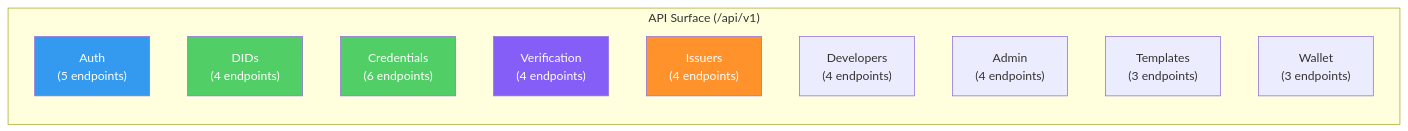
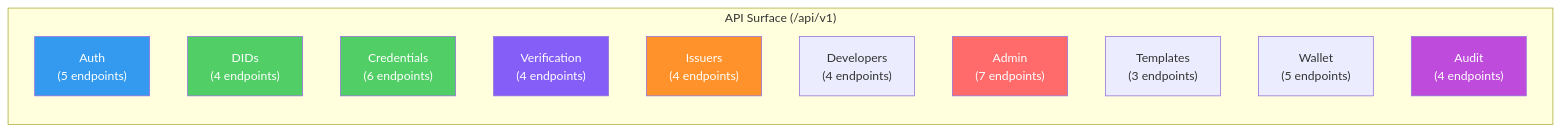
One commit to Tamoura/KarimSW changed the second of 4 diagrams in products/humanid/README.md. Above: the diagram before and after it, drawn with Mermaid. The commit also changed other lines of this file and 15 other files, not shown here.

````diff
--- a/products/humanid/README.md
+++ b/products/humanid/README.md
@@ -134,20 +134,23 @@
 ```mermaid
 graph LR
     subgraph "API Surface (/api/v1)"
         AUTH["Auth<br/>(5 endpoints)"]
         DIDS["DIDs<br/>(4 endpoints)"]
         CREDS["Credentials<br/>(6 endpoints)"]
         VERIFY["Verification<br/>(4 endpoints)"]
         ISSUERS["Issuers<br/>(4 endpoints)"]
         DEVS["Developers<br/>(4 endpoints)"]
-        ADMIN["Admin<br/>(4 endpoints)"]
+        ADMIN["Admin<br/>(7 endpoints)"]
         TEMPLATES["Templates<br/>(3 endpoints)"]
-        WALLET["Wallet<br/>(3 endpoints)"]
+        WALLET["Wallet<br/>(5 endpoints)"]
+        AUDIT["Audit<br/>(4 endpoints)"]
     end
 
     style AUTH fill:#339af0,color:#fff
     style DIDS fill:#51cf66,color:#fff
     style CREDS fill:#51cf66,color:#fff
     style VERIFY fill:#845ef7,color:#fff
     style ISSUERS fill:#ff922b,color:#fff
+    style ADMIN fill:#ff6b6b,color:#fff
+    style AUDIT fill:#be4bdb,color:#fff
 ```
````
